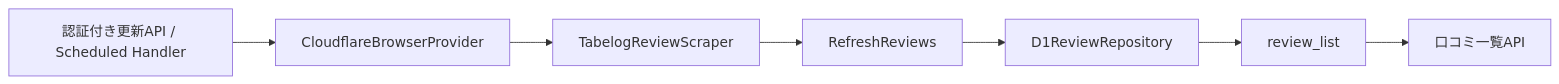
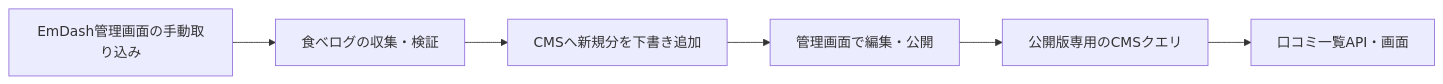
The diagram in README.md (kakami21/review-journal), drawn with Mermaid before and after one commit. The commit also changed other lines of this file and 21 other files, not shown here.

````diff
--- a/README.md
+++ b/README.md
@@ -58,9 +58,8 @@
 ```mermaid
 flowchart LR
-    C["認証付き更新API / Scheduled Handler"] --> B["CloudflareBrowserProvider"]
-    B --> S["TabelogReviewScraper"]
-    S --> R["RefreshReviews"]
-    R --> D["D1ReviewRepository"]
-    D --> V["review_list"]
-    V --> A["口コミ一覧API"]
+    A["EmDash管理画面の手動取り込み"] --> S["食べログの収集・検証"]
+    S --> C["CMSへ新規分を下書き追加"]
+    C --> P["管理画面で編集・公開"]
+    P --> Q["公開版専用のCMSクエリ"]
+    Q --> V["口コミ一覧API・画面"]
 ```
````
